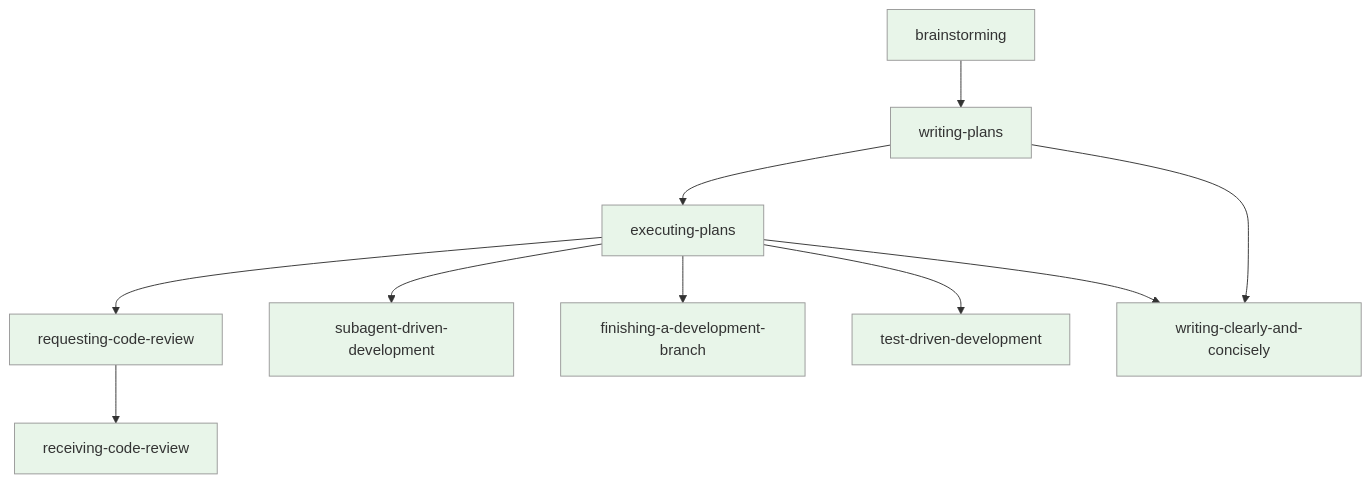
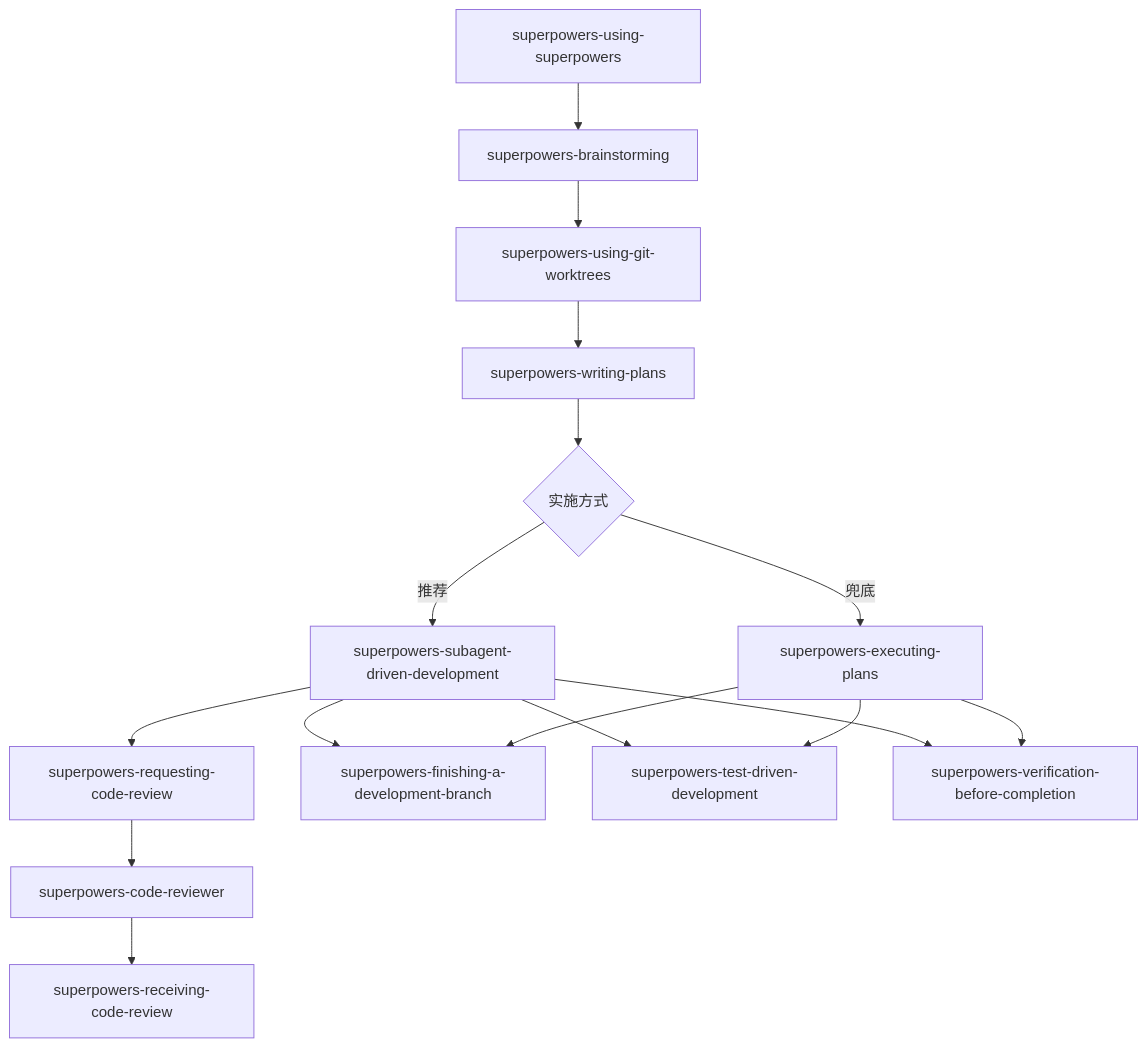
The diagram in apps/spec-kit-app/public/commands-packages/superpowers/workflow.md (klaaay/spec-toolkit), drawn with Mermaid before and after one commit. The commit also changed other lines of this file and 73 other files, not shown here.

````diff
--- a/apps/spec-kit-app/public/commands-packages/superpowers/workflow.md
+++ b/apps/spec-kit-app/public/commands-packages/superpowers/workflow.md
@@ -68,15 +26,18 @@
 ```mermaid
 flowchart TD
-    S1[brainstorming] --> S2[writing-plans]
-    S2 --> S3[executing-plans]
-    S3 --> S4[requesting-code-review]
-    S4 --> S5[receiving-code-review]
-    S3 --> S6[subagent-driven-development]
-    S3 --> S7[finishing-a-development-branch]
-    S3 --> S8[test-driven-development]
-    S2 --> S9[writing-clearly-and-concisely]
-    S3 --> S9
-
-    classDef main fill:#e8f5e9,stroke:#999;
-    class S1,S2,S3,S4,S5,S6,S7,S8,S9 main;
+    A[superpowers-using-superpowers] --> B[superpowers-brainstorming]
+    B --> C[superpowers-using-git-worktrees]
+    C --> D[superpowers-writing-plans]
+    D --> E{实施方式}
+    E -->|推荐| F[superpowers-subagent-driven-development]
+    E -->|兜底| G[superpowers-executing-plans]
+    F --> H[superpowers-requesting-code-review]
+    H --> I[superpowers-code-reviewer]
+    I --> J[superpowers-receiving-code-review]
+    F --> K[superpowers-finishing-a-development-branch]
+    G --> K
+    F --> L[superpowers-test-driven-development]
+    G --> L
+    F --> M[superpowers-verification-before-completion]
+    G --> M
 ```
````
